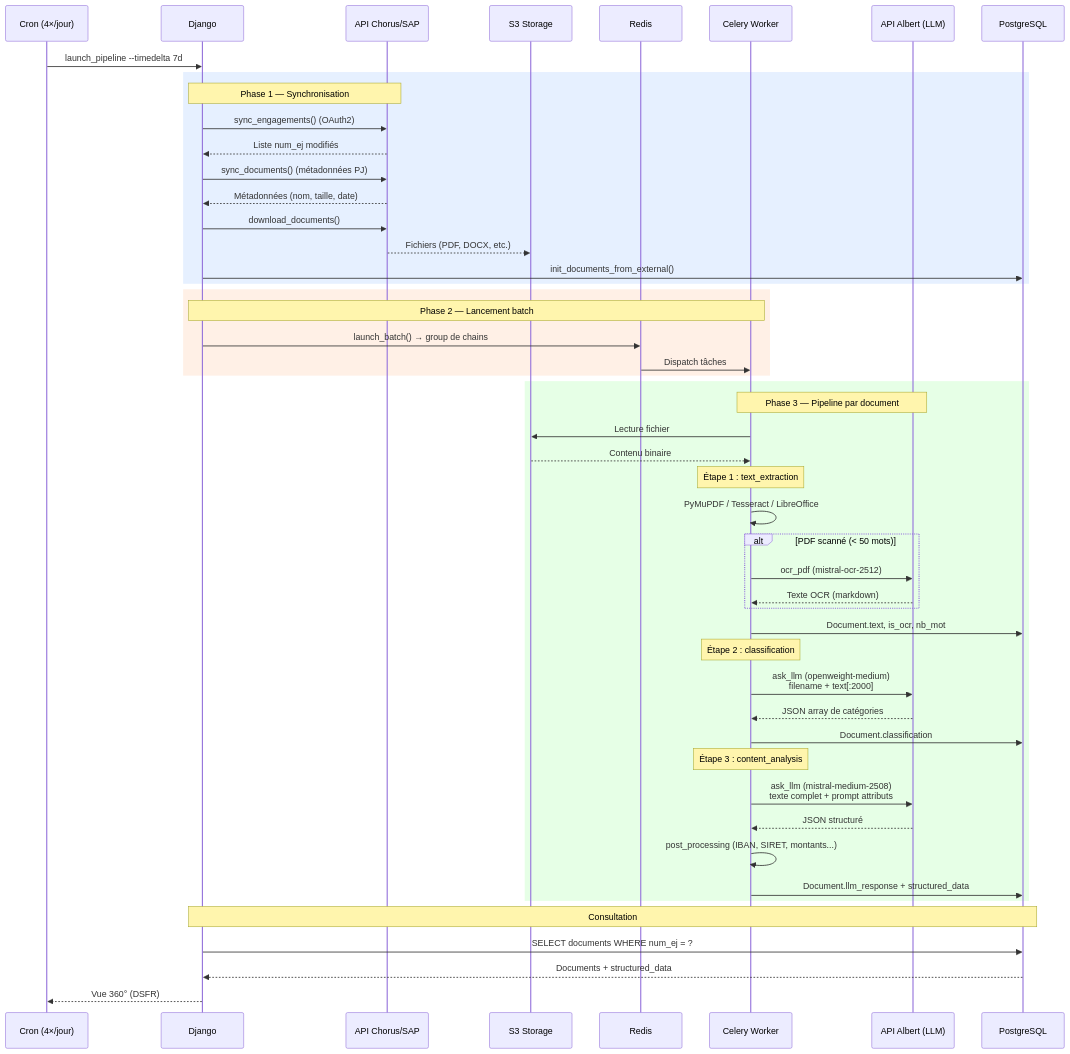
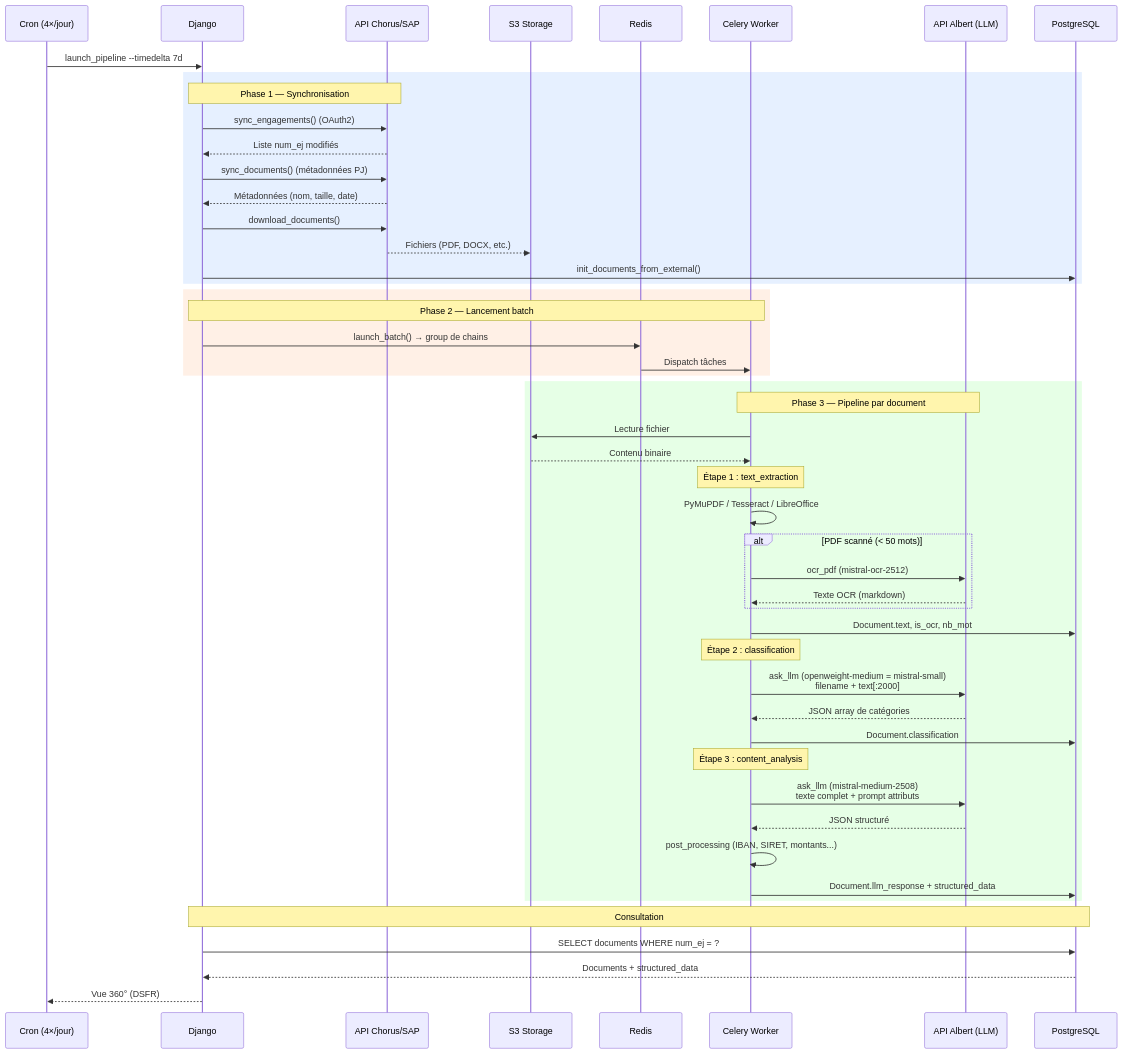
Before and after one commit to betagouv/depenses-eclairees: the first of 2 diagrams in retrodoc-depenses-eclairees/docs/architecture/flux-donnees.md, drawn with Mermaid. The commit also changed 17 other files, not shown here.

````diff
--- a/retrodoc-depenses-eclairees/docs/architecture/flux-donnees.md
+++ b/retrodoc-depenses-eclairees/docs/architecture/flux-donnees.md
@@ -5,60 +5,60 @@
 ```mermaid
 sequenceDiagram
     participant CRON as Cron (4×/jour)
     participant DJANGO as Django
     participant API as API Chorus/SAP
     participant S3 as S3 Storage
     participant REDIS as Redis
     participant CELERY as Celery Worker
     participant ALBERT as API Albert (LLM)
     participant PG as PostgreSQL
 
     CRON->>DJANGO: launch_pipeline --timedelta 7d
     
     rect rgb(230, 240, 255)
         Note over DJANGO,API: Phase 1 — Synchronisation
         DJANGO->>API: sync_engagements() (OAuth2)
         API-->>DJANGO: Liste num_ej modifiés
         DJANGO->>API: sync_documents() (métadonnées PJ)
         API-->>DJANGO: Métadonnées (nom, taille, date)
         DJANGO->>API: download_documents()
         API-->>S3: Fichiers (PDF, DOCX, etc.)
         DJANGO->>PG: init_documents_from_external()
     end
 
     rect rgb(255, 240, 230)
         Note over DJANGO,CELERY: Phase 2 — Lancement batch
         DJANGO->>REDIS: launch_batch() → group de chains
         REDIS->>CELERY: Dispatch tâches
     end
 
     rect rgb(230, 255, 230)
         Note over CELERY,ALBERT: Phase 3 — Pipeline par document
         CELERY->>S3: Lecture fichier
         S3-->>CELERY: Contenu binaire
         
         Note over CELERY: Étape 1 : text_extraction
         CELERY->>CELERY: PyMuPDF / Tesseract / LibreOffice
         alt PDF scanné (< 50 mots)
             CELERY->>ALBERT: ocr_pdf (mistral-ocr-2512)
             ALBERT-->>CELERY: Texte OCR (markdown)
         end
         CELERY->>PG: Document.text, is_ocr, nb_mot
         
         Note over CELERY: Étape 2 : classification
-        CELERY->>ALBERT: ask_llm (openweight-medium)<br/>filename + text[:2000]
+        CELERY->>ALBERT: ask_llm (openweight-medium = mistral-small)<br/>filename + text[:2000]
         ALBERT-->>CELERY: JSON array de catégories
         CELERY->>PG: Document.classification
         
         Note over CELERY: Étape 3 : content_analysis
         CELERY->>ALBERT: ask_llm (mistral-medium-2508)<br/>texte complet + prompt attributs
         ALBERT-->>CELERY: JSON structuré
         CELERY->>CELERY: post_processing (IBAN, SIRET, montants...)
         CELERY->>PG: Document.llm_response + structured_data
     end
 
     Note over DJANGO,PG: Consultation
     DJANGO->>PG: SELECT documents WHERE num_ej = ?
     PG-->>DJANGO: Documents + structured_data
     DJANGO-->>CRON: Vue 360° (DSFR)
 ```
````
